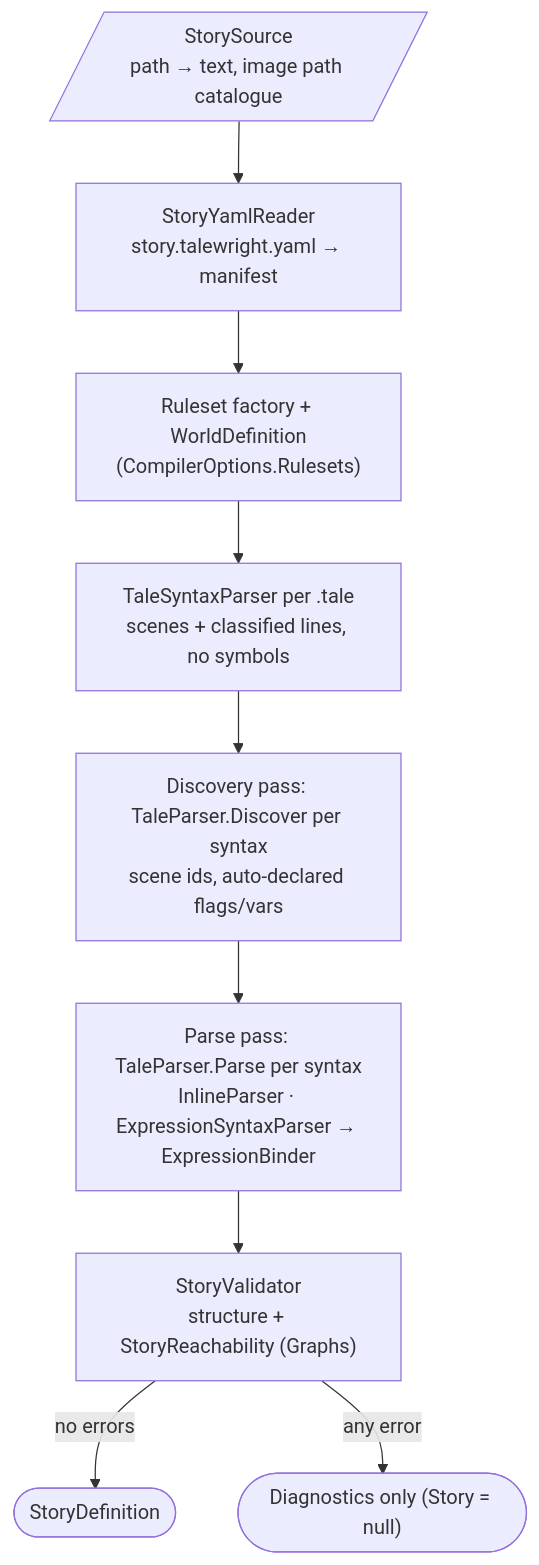
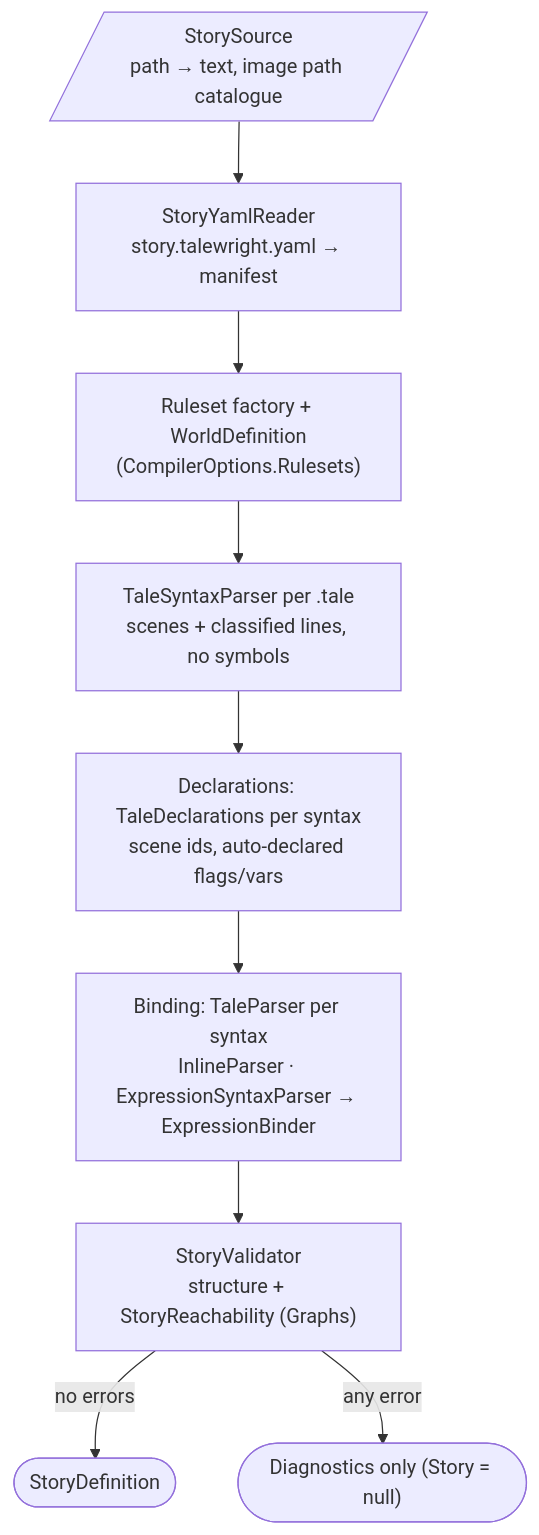
Before and after one commit to squid-farm/talewright: the third of 6 diagrams in docs/developer/architecture.md, drawn with Mermaid. The commit also changed other lines of this file and 9 other files, not shown here.

First line of the commit message:
talemark: compile from syntax and remove the discovery reparse (#408)

````diff
--- a/docs/developer/architecture.md
+++ b/docs/developer/architecture.md
@@ -330,15 +330,15 @@
 ```mermaid
 flowchart TD
   src[/"StorySource<br/>path → text, image path catalogue"/]
   yaml["StoryYamlReader<br/>story.talewright.yaml → manifest"]
   world["Ruleset factory + WorldDefinition<br/>(CompilerOptions.Rulesets)"]
   syn["TaleSyntaxParser per .tale<br/>scenes + classified lines, no symbols"]
-  disc["Discovery pass: TaleParser.Discover per syntax<br/>scene ids, auto-declared flags/vars"]
-  parse["Parse pass: TaleParser.Parse per syntax<br/>InlineParser · ExpressionSyntaxParser → ExpressionBinder"]
+  disc["Declarations: TaleDeclarations per syntax<br/>scene ids, auto-declared flags/vars"]
+  parse["Binding: TaleParser per syntax<br/>InlineParser · ExpressionSyntaxParser → ExpressionBinder"]
   val["StoryValidator<br/>structure + StoryReachability (Graphs)"]
   ok(["StoryDefinition"])
   err(["Diagnostics only (Story = null)"])
   src --> yaml --> world --> syn --> disc --> parse --> val
   val -- "no errors" --> ok
   val -- "any error" --> err
 ```
````
